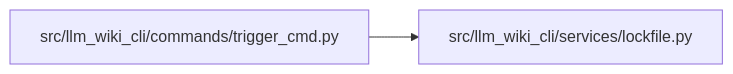
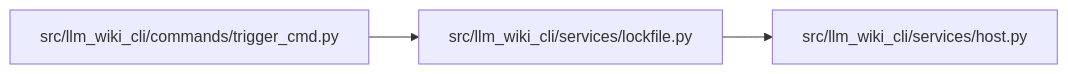
Before and after one commit to Denissvgn/python-wiki-llm: the diagram in docs/llm_wiki/modules/lockfile.md, drawn with Mermaid. The commit also changed other lines of this file and 1555 other files, not shown here.

````diff
--- a/docs/llm_wiki/modules/lockfile.md
+++ b/docs/llm_wiki/modules/lockfile.md
@@ -25,8 +26,11 @@
 ```mermaid
 flowchart LR
     n0["src/llm_wiki_cli/commands/trigger_cmd.py"]
-    n1["src/llm_wiki_cli/services/lockfile.py"]
-    n0 --> n1
+    n1["src/llm_wiki_cli/services/host.py"]
+    n2["src/llm_wiki_cli/services/lockfile.py"]
+    n0 --> n2
+    n2 --> n1
     click n0 "../modules/trigger_cmd.md"
-    click n1 "../modules/lockfile.md"
+    click n1 "../modules/host.md"
+    click n2 "../modules/lockfile.md"
 ```
````
